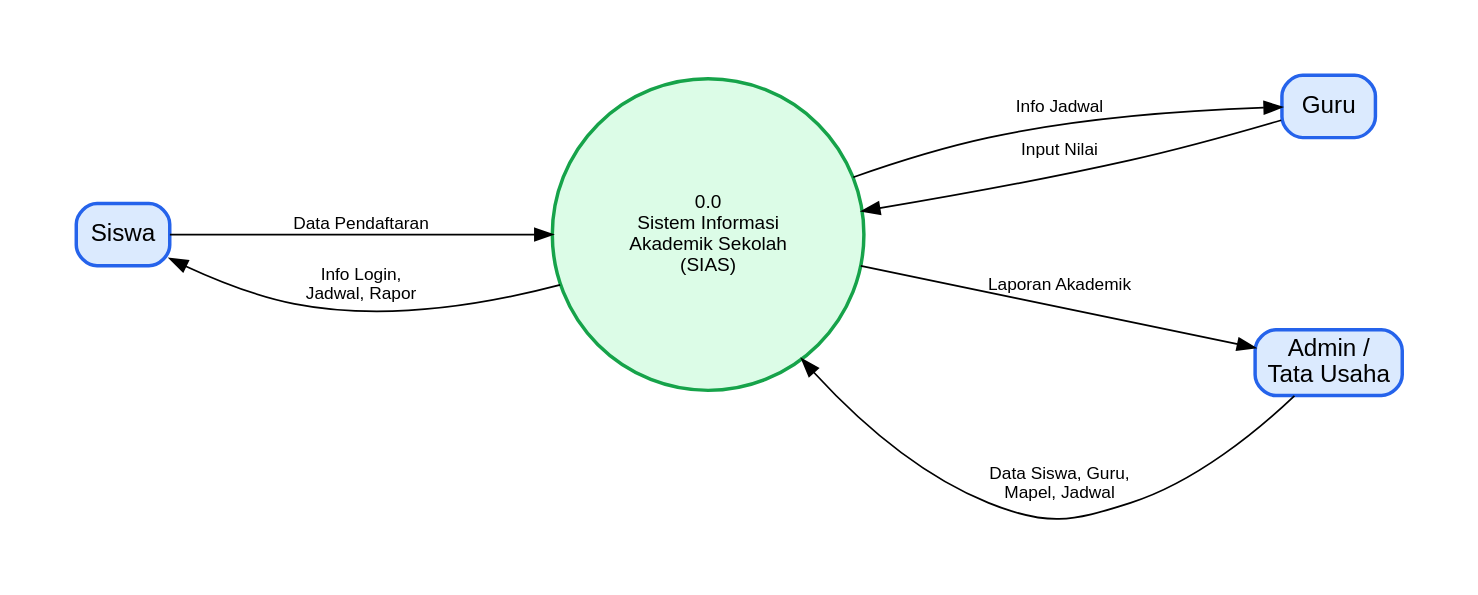
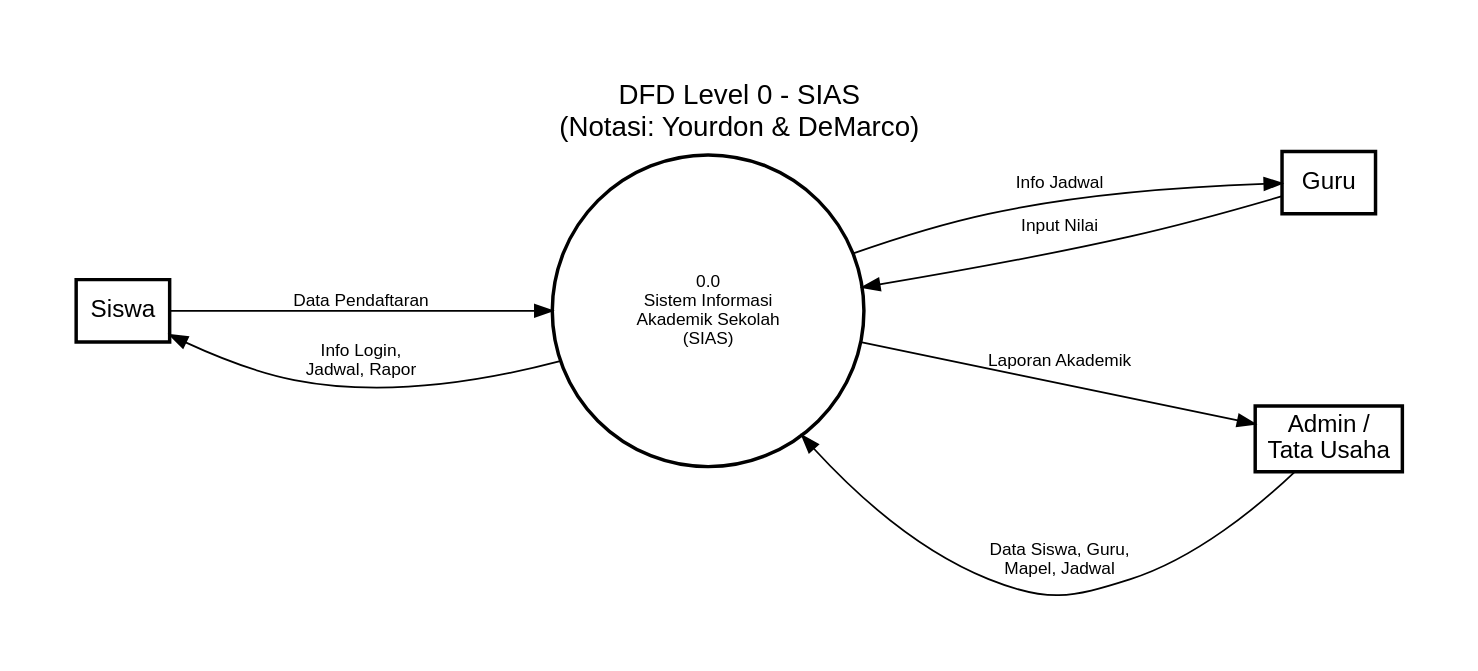
The diagram in graphviz/dfd_level_0.dot (Aruh1/sias), drawn with Graphviz before and after one commit. The commit also changed 15 other files, not shown here.

Commit message:
update to Yourdon/DeMarco

```diff
--- a/graphviz/dfd_level_0.dot
+++ b/graphviz/dfd_level_0.dot
@@ -1,30 +1,33 @@
 // DFD Level 0 - Sistem Informasi Akademik Sekolah (SIAS)
+// Notasi: Yourdon & DeMarco
 digraph DFD_Level_0 {
     rankdir=LR;
-    graph [bgcolor=white, fontname="Arial", pad=0.5, nodesep=1.0, ranksep=2.0];
+    graph [bgcolor=white, fontname="Arial", pad=0.5, nodesep=1.0, ranksep=2.0,
+           label="DFD Level 0 - SIAS\n(Notasi: Yourdon & DeMarco)",
+           labelloc=t, fontsize=16, fontcolor=black];
     node [fontname="Arial", fontcolor=black, color=black];
     edge [fontname="Arial", fontcolor=black, color=black, fontsize=10];
 
-    // Entitas Eksternal
-    Siswa [shape=box, style="filled,rounded", fillcolor="#dbeafe", color="#2563eb",
+    // Entitas Eksternal - Kotak persegi
+    Siswa [shape=box, style="", fillcolor=white, color=black,
            label="Siswa", fontsize=14, penwidth=2];
-    Guru [shape=box, style="filled,rounded", fillcolor="#dbeafe", color="#2563eb",
+    Guru [shape=box, style="", fillcolor=white, color=black,
           label="Guru", fontsize=14, penwidth=2];
-    Admin [shape=box, style="filled,rounded", fillcolor="#dbeafe", color="#2563eb",
+    Admin [shape=box, style="", fillcolor=white, color=black,
            label="Admin /\nTata Usaha", fontsize=14, penwidth=2];
 
-    // Proses Utama
-    SIAS [shape=circle, style=filled, fillcolor="#dcfce7", color="#16a34a",
+    // Proses Utama - Lingkaran (bubble)
+    SIAS [shape=circle, style="", color=black,
           label="0.0\nSistem Informasi\nAkademik Sekolah\n(SIAS)",
-          fontsize=11, penwidth=2, width=2.5, fixedsize=true];
+          fontsize=10, penwidth=2, width=2.5, fixedsize=true];
 
     // Aliran Data
     Siswa -> SIAS [label="Data Pendaftaran"];
     SIAS -> Siswa [label="Info Login,\nJadwal, Rapor"];
 
     Guru -> SIAS [label="Input Nilai"];
     SIAS -> Guru [label="Info Jadwal"];
 
     Admin -> SIAS [label="Data Siswa, Guru,\nMapel, Jadwal"];
     SIAS -> Admin [label="Laporan Akademik"];
 }
```
